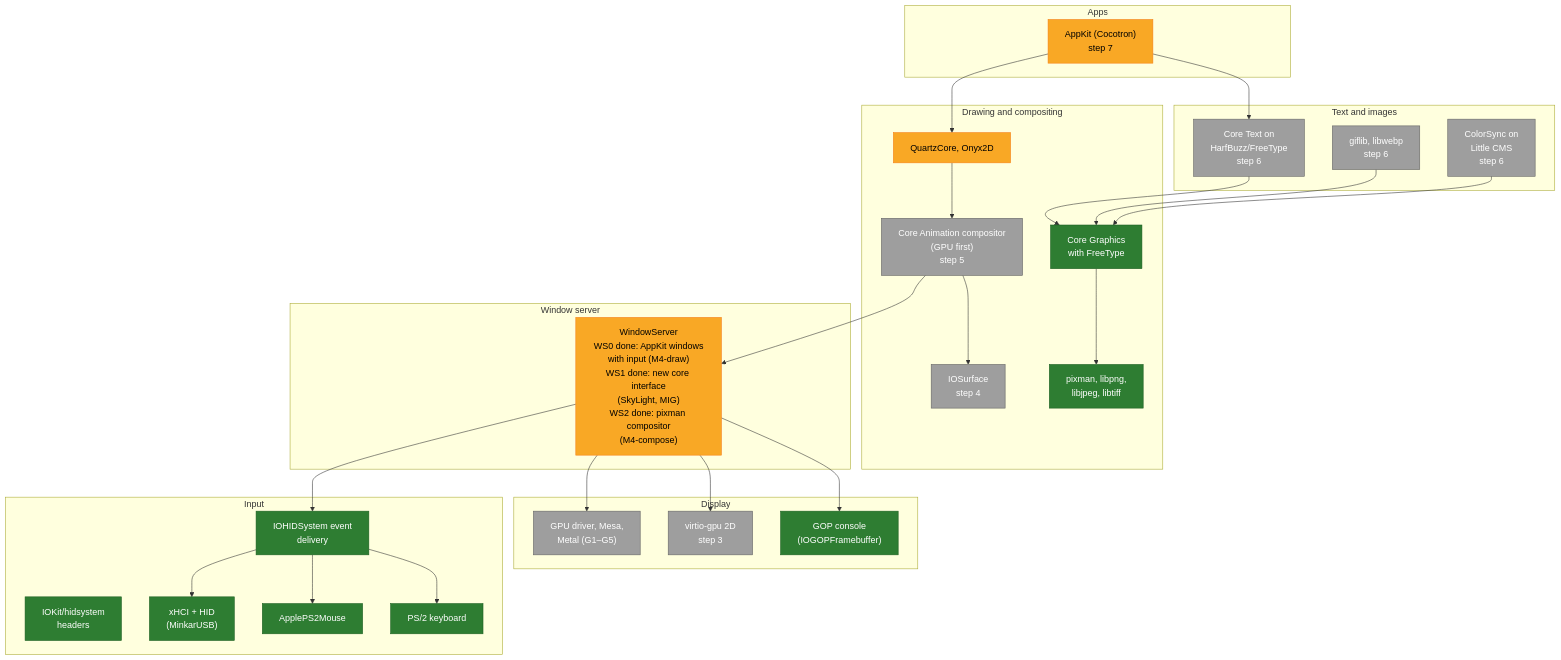
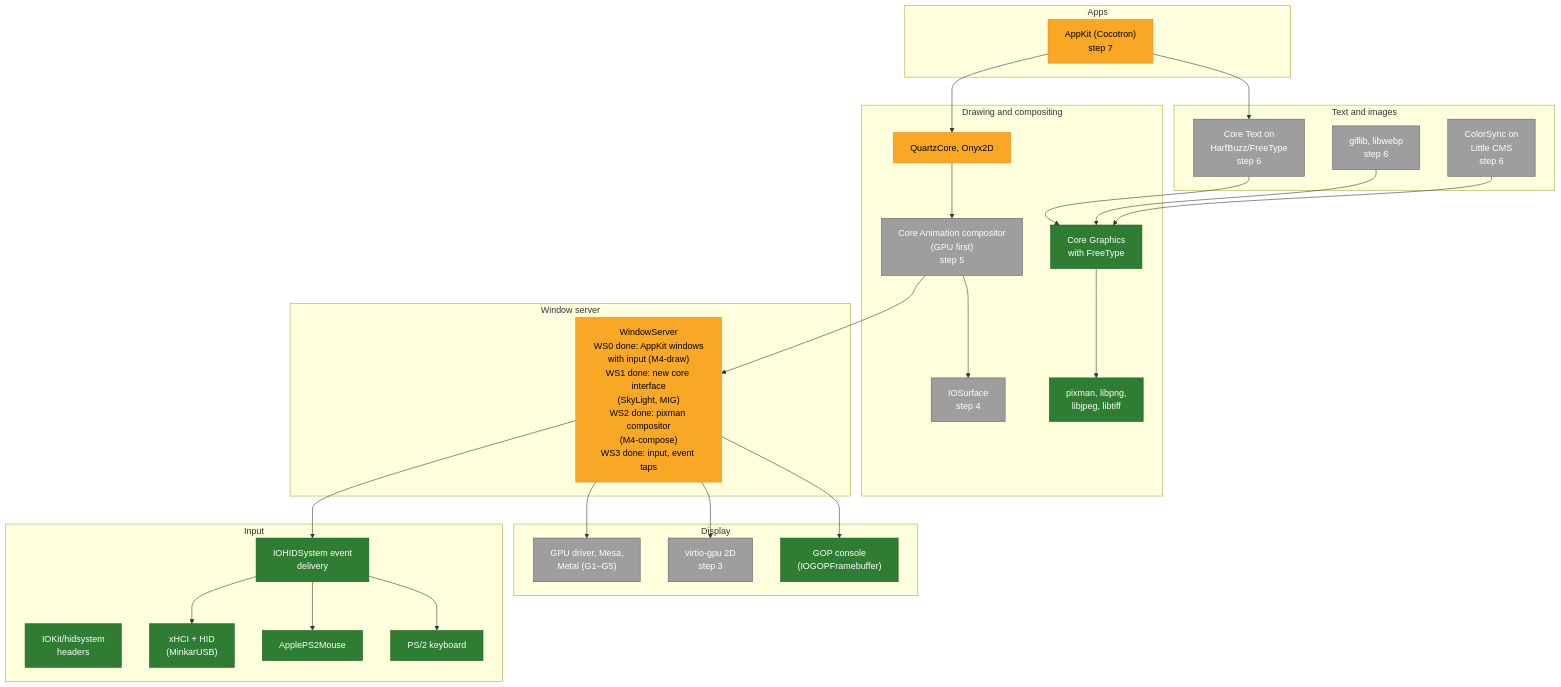
One commit to minkaros/minkar changed the third of 4 diagrams in Docs/Progress.md. Above: the diagram before and after it, drawn with Mermaid. The commit also changed other lines of this file and 5 other files, not shown here.

First line of the commit message:
Docs: WS3 done (input and event taps through the new window server)

````diff
--- a/Docs/Progress.md
+++ b/Docs/Progress.md
@@ -73,48 +73,48 @@
 ```mermaid
 flowchart TB
     subgraph APPS["Apps"]
         AK["AppKit (Cocotron)<br/>step 7"]:::partial
     end
     subgraph TEXT["Text and images"]
         CT["Core Text on<br/>HarfBuzz/FreeType<br/>step 6"]:::todo
         IMG["giflib, libwebp<br/>step 6"]:::todo
         CS["ColorSync on<br/>Little CMS<br/>step 6"]:::todo
     end
     subgraph DRAW["Drawing and compositing"]
         CG["Core Graphics<br/>with FreeType"]:::done
         LIBS["pixman, libpng,<br/>libjpeg, libtiff"]:::done
         QC["QuartzCore, Onyx2D"]:::partial
         CA["Core Animation compositor<br/>(GPU first)<br/>step 5"]:::todo
         IOS["IOSurface<br/>step 4"]:::todo
     end
     subgraph SERVER["Window server"]
-        WS["WindowServer<br/>WS0 done: AppKit windows<br/>with input (M4-draw)<br/>WS1 done: new core interface<br/>(SkyLight, MIG)<br/>WS2 done: pixman compositor<br/>(M4-compose)"]:::partial
+        WS["WindowServer<br/>WS0 done: AppKit windows<br/>with input (M4-draw)<br/>WS1 done: new core interface<br/>(SkyLight, MIG)<br/>WS2 done: pixman compositor<br/>(M4-compose)<br/>WS3 done: input, event taps"]:::partial
     end
     subgraph INPUT["Input"]
         HIDH["IOKit/hidsystem<br/>headers"]:::done
         USB["xHCI + HID<br/>(MinkarUSB)"]:::done
         KBD["PS/2 keyboard"]:::done
         MOUSE["ApplePS2Mouse"]:::done
         HIDS["IOHIDSystem event<br/>delivery"]:::done
     end
     subgraph DISPLAY["Display"]
         GOP["GOP console<br/>(IOGOPFramebuffer)"]:::done
         VGPU["virtio-gpu 2D<br/>step 3"]:::todo
         GPUD["GPU driver, Mesa,<br/>Metal (G1–G5)"]:::todo
     end
 
     AK --> CT & QC
     CT --> CG
     QC --> CA --> IOS
     CA --> WS
     WS --> GOP & VGPU & GPUD
     WS --> HIDS
     HIDS --> KBD & MOUSE & USB
     CG --> LIBS
     IMG --> CG
     CS --> CG
 
     classDef done fill:#2e7d32,stroke:#1b5e20,color:#fff
     classDef partial fill:#f9a825,stroke:#f57f17,color:#000
     classDef todo fill:#9e9e9e,stroke:#616161,color:#fff
 ```
````
